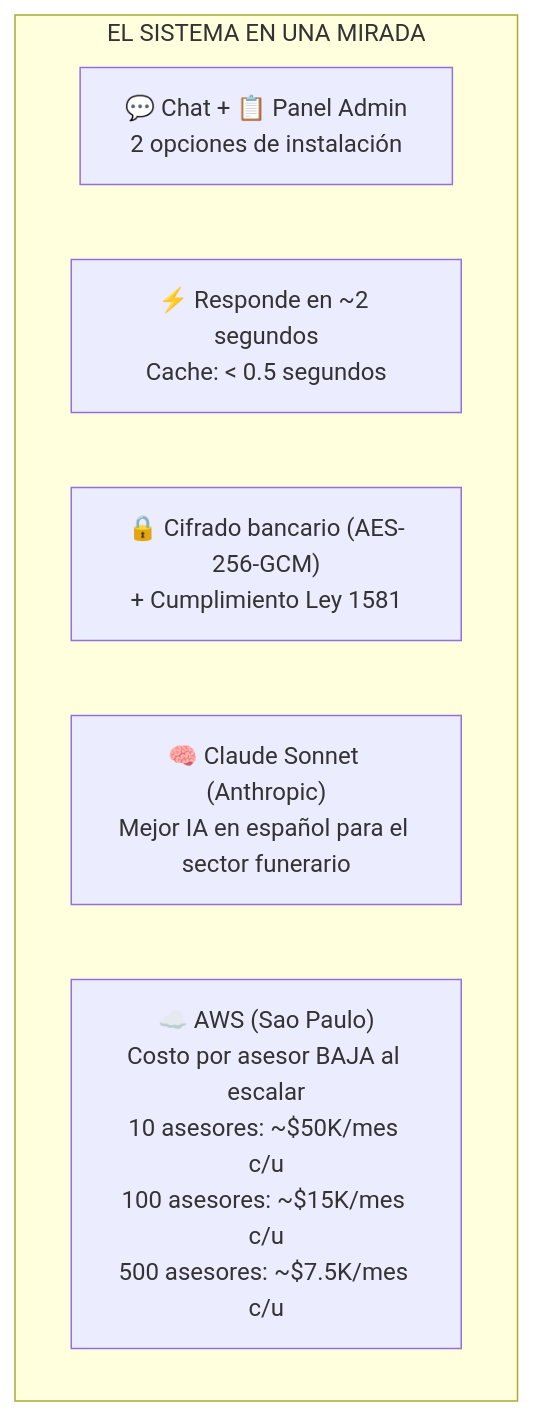
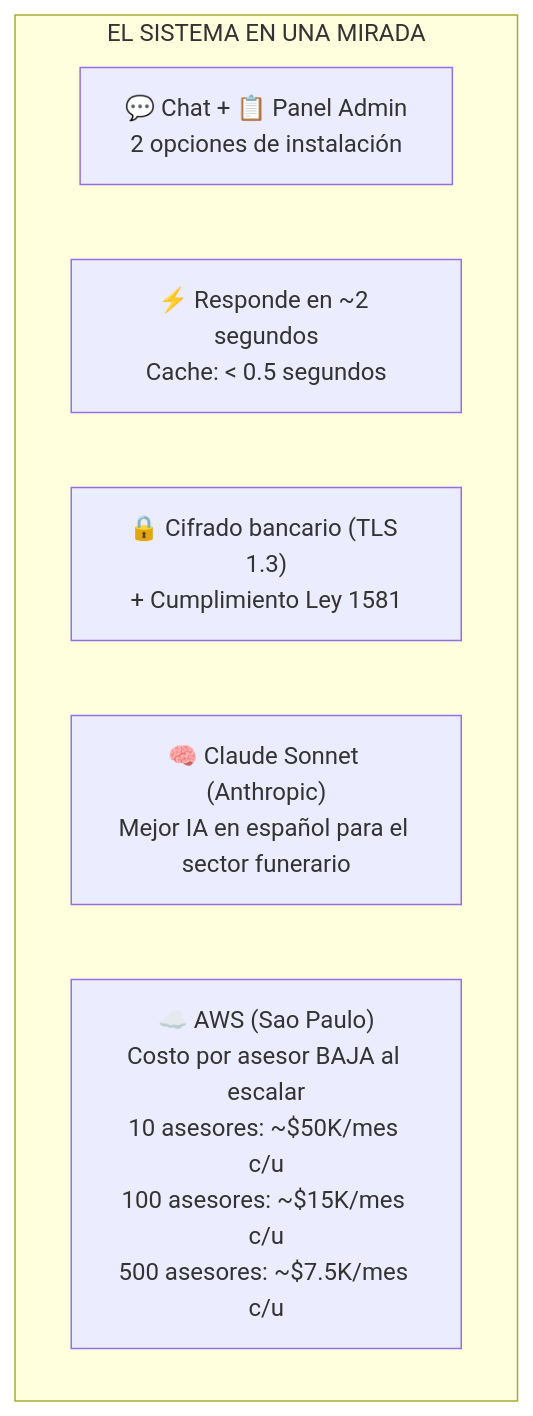
Diagram 16 of 16 in docs/presentacion_tecnica.md (johnruedal96/capillas), drawn with Mermaid before and after one commit. The commit also changed other lines of this file and 1 other file, not shown here.

````diff
--- a/docs/presentacion_tecnica.md
+++ b/docs/presentacion_tecnica.md
@@ -711,10 +712,10 @@
 ```mermaid
 flowchart TB
     subgraph SISTEMA[EL SISTEMA EN UNA MIRADA]
         L1["💬 Chat + 📋 Panel Admin<br/>2 opciones de instalación"]
         L2["⚡ Responde en ~2 segundos<br/>Cache: < 0.5 segundos"]
-        L3["🔒 Cifrado bancario (AES-256-GCM)<br/>+ Cumplimiento Ley 1581"]
+        L3["🔒 Cifrado bancario (TLS 1.3)<br/>+ Cumplimiento Ley 1581"]
         L4["🧠 Claude Sonnet (Anthropic)<br/>Mejor IA en español para el sector funerario"]
         L5["☁️ AWS (Sao Paulo)<br/>Costo por asesor BAJA al escalar<br/>10 asesores: ~$50K/mes c/u<br/>100 asesores: ~$15K/mes c/u<br/>500 asesores: ~$7.5K/mes c/u"]
     end
 ```
````
